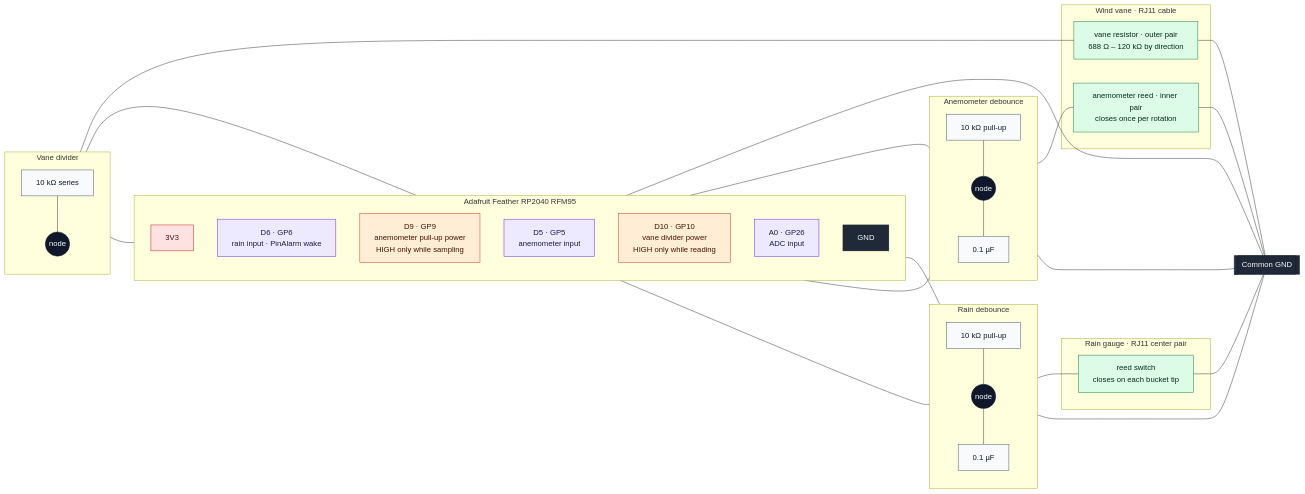
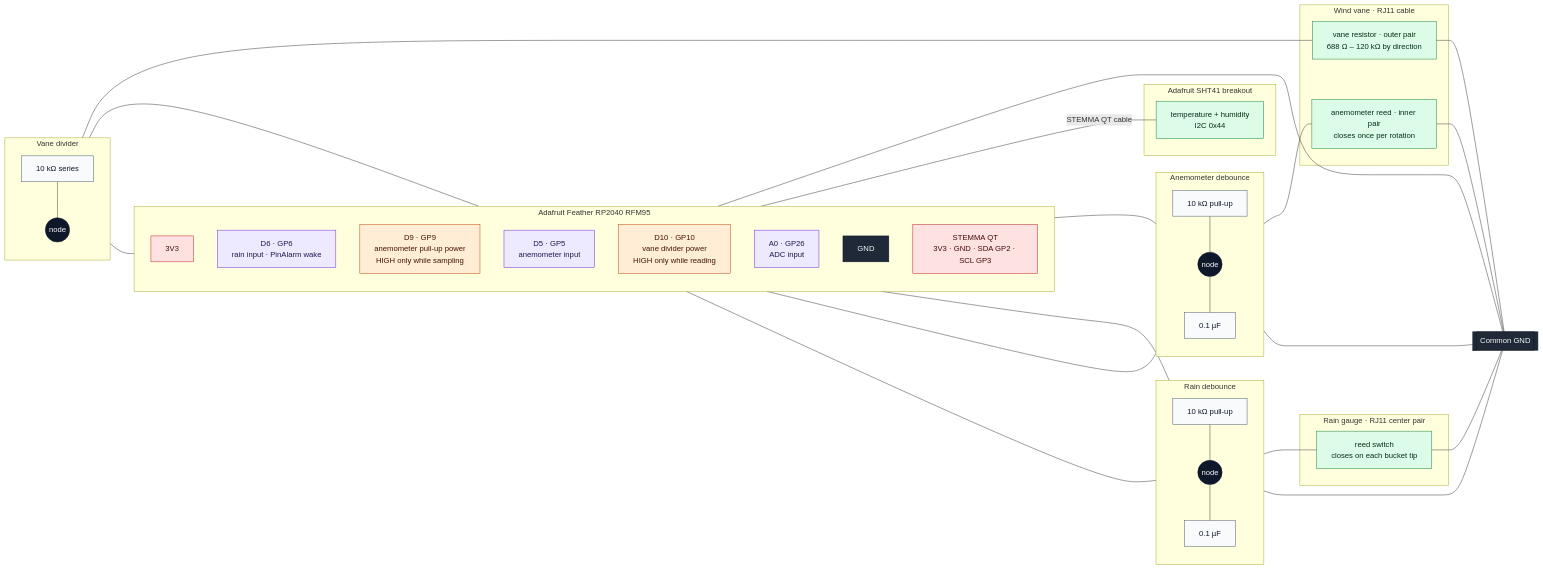
Before and after one commit to Tom-Camp/rfm95.weather: the diagram in README.md, drawn with Mermaid. The commit also changed other lines of this file and 3 other files, not shown here.

Commit message:
feat(sht4x): adding temp and humidity sensing

````diff
--- a/README.md
+++ b/README.md
@@ -62,6 +73,7 @@
         PD10["D10 · GP10<br/>vane divider power<br/>HIGH only while reading"]
         PA0["A0 · GP26<br/>ADC input"]
         PGND["GND"]
+        PQT["STEMMA QT<br/>3V3 · GND · SDA GP2 · SCL GP3"]
     end
 
     subgraph RAINRC["Rain debounce"]
@@ -93,6 +105,10 @@
         RV["vane resistor · outer pair<br/>688 Ω – 120 kΩ by direction"]
     end
 
+    subgraph SHT["Adafruit SHT41 breakout"]
+        S1["temperature + humidity<br/>I2C 0x44"]
+    end
+
     GND[["Common GND"]]
 
     %% Rain: always-on pull-up so a tip can wake the chip
@@ -114,6 +130,9 @@
 
     PGND --- GND
 
+    %% SHT41: one 4-wire STEMMA QT cable carries power, ground, and I2C
+    PQT ---|"STEMMA QT cable"| S1
+
     classDef pin fill:#ede9fe,stroke:#6d28d9,color:#1e1b4b
     classDef power fill:#fee2e2,stroke:#b91c1c,color:#450a0a
     classDef switched fill:#ffedd5,stroke:#c2410c,color:#431407
@@ -123,10 +142,10 @@
     classDef ground fill:#1f2937,stroke:#111827,color:#f9fafb
 
     class PD6,PD5,PA0 pin
-    class P3V3 power
+    class P3V3,PQT power
     class PD9,PD10 switched
     class R1,R2,R3,C1,C2 part
     class N1,N2,N3 junction
-    class SW1,SW2,RV sensor
+    class SW1,SW2,RV,S1 sensor
     class GND,PGND ground
 ```
````
